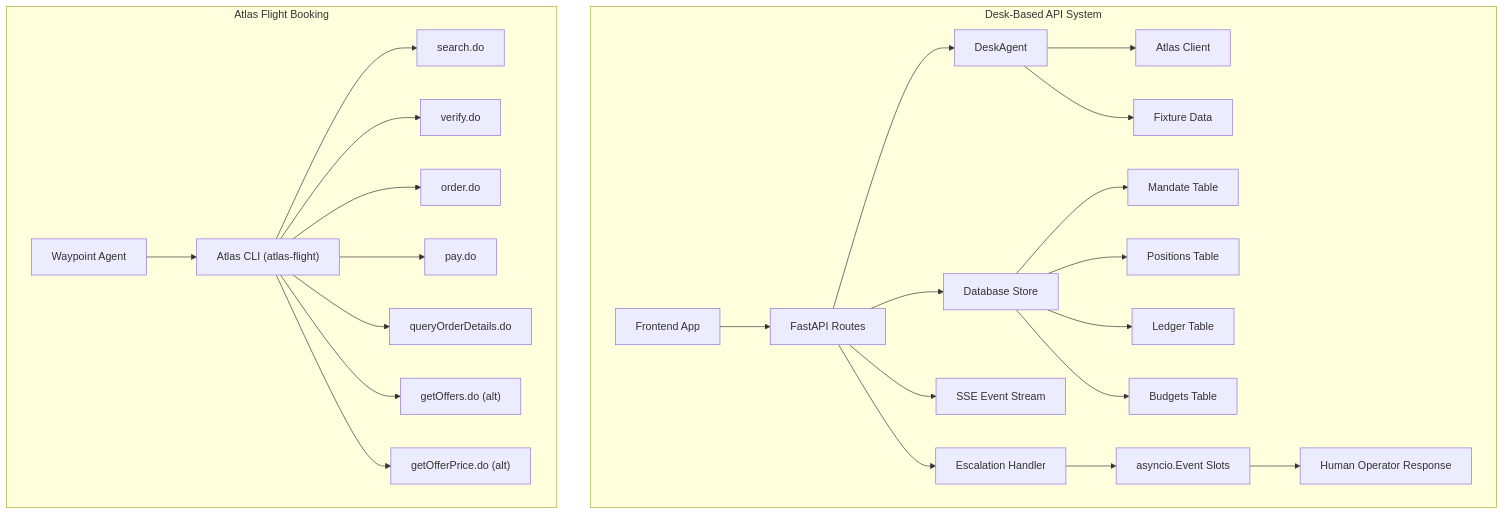
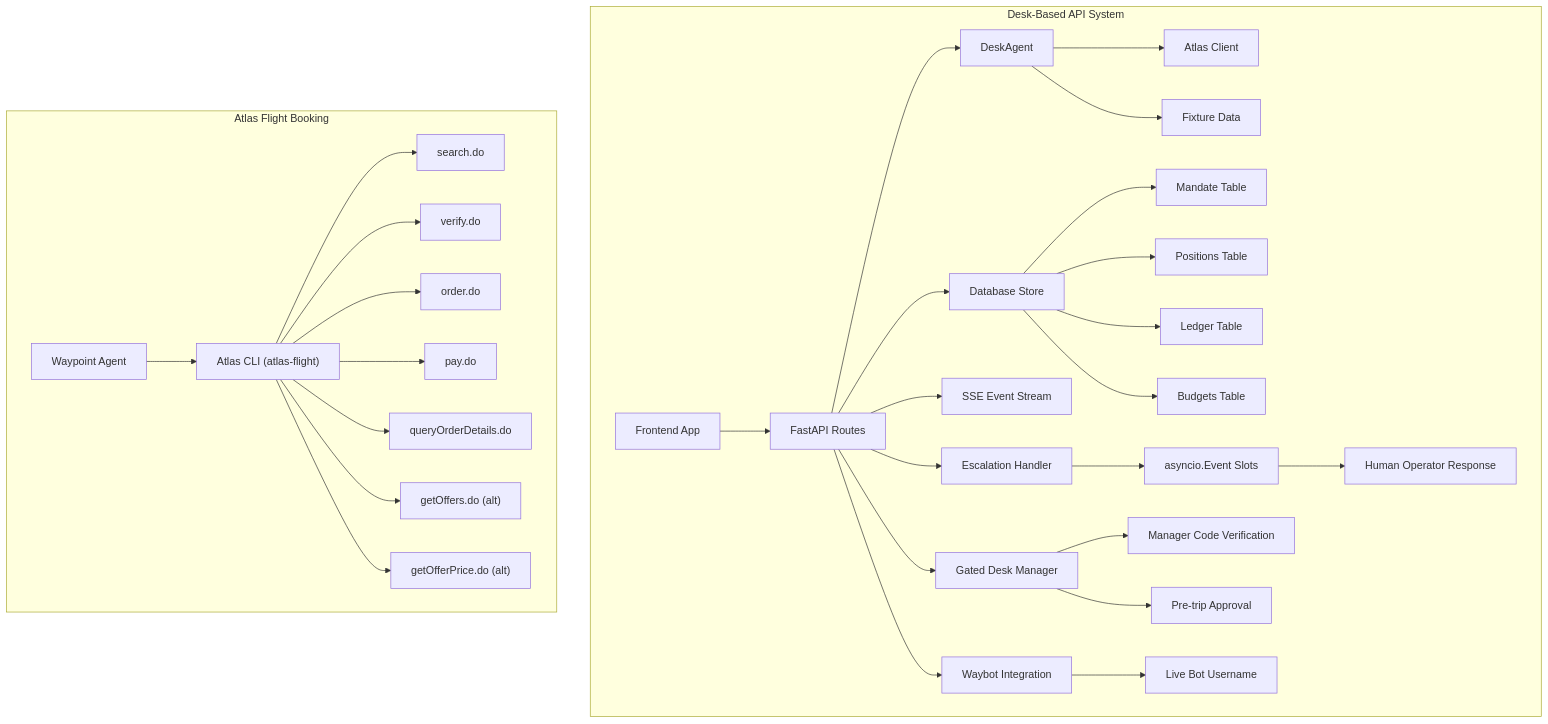
One commit to jaydonnnk/waypoint changed the first of 5 diagrams in .qoder/repowiki/en/content/Atlas Integration/API Endpoints & Usage.md. Above: the diagram before and after it, drawn with Mermaid. The commit also changed other lines of this file and 9 other files, not shown here.

````diff
--- a/.qoder/repowiki/en/content/Atlas Integration/API Endpoints & Usage.md
+++ b/.qoder/repowiki/en/content/Atlas Integration/API Endpoints & Usage.md
@@ -47,28 +48,33 @@
 ```mermaid
 graph TB
 subgraph "Desk-Based API System"
 A["Frontend App"] --> B["FastAPI Routes"]
 B --> C["DeskAgent"]
 B --> D["Database Store"]
 B --> E["SSE Event Stream"]
 C --> F["Atlas Client"]
 C --> G["Fixture Data"]
 D --> H["Mandate Table"]
 D --> I["Positions Table"]
 D --> J["Ledger Table"]
 D --> K["Budgets Table"]
 B --> L["Escalation Handler"]
 L --> M["asyncio.Event Slots"]
 M --> N["Human Operator Response"]
+B --> O["Gated Desk Manager"]
+O --> P["Manager Code Verification"]
+O --> Q["Pre-trip Approval"]
+B --> R["Waybot Integration"]
+R --> S["Live Bot Username"]
 end
 subgraph "Atlas Flight Booking"
-O["Waypoint Agent"] --> P["Atlas CLI (atlas-flight)"]
-P --> Q["search.do"]
-P --> R["verify.do"]
-P --> S["order.do"]
-P --> T["pay.do"]
-P --> U["queryOrderDetails.do"]
-P --> V["getOffers.do (alt)"]
-P --> W["getOfferPrice.do (alt)"]
+T["Waypoint Agent"] --> U["Atlas CLI (atlas-flight)"]
+U --> V["search.do"]
+U --> W["verify.do"]
+U --> X["order.do"]
+U --> Y["pay.do"]
+U --> Z["queryOrderDetails.do"]
+U --> AA["getOffers.do (alt)"]
+U --> BB["getOfferPrice.do (alt)"]
 end
 ```
````
